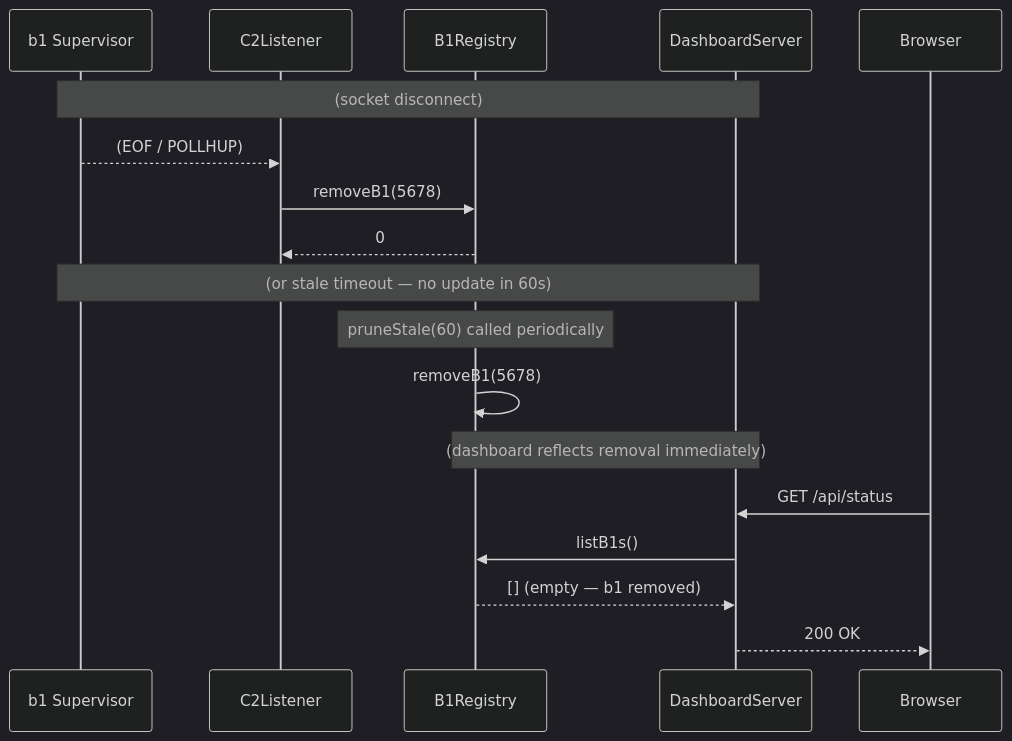
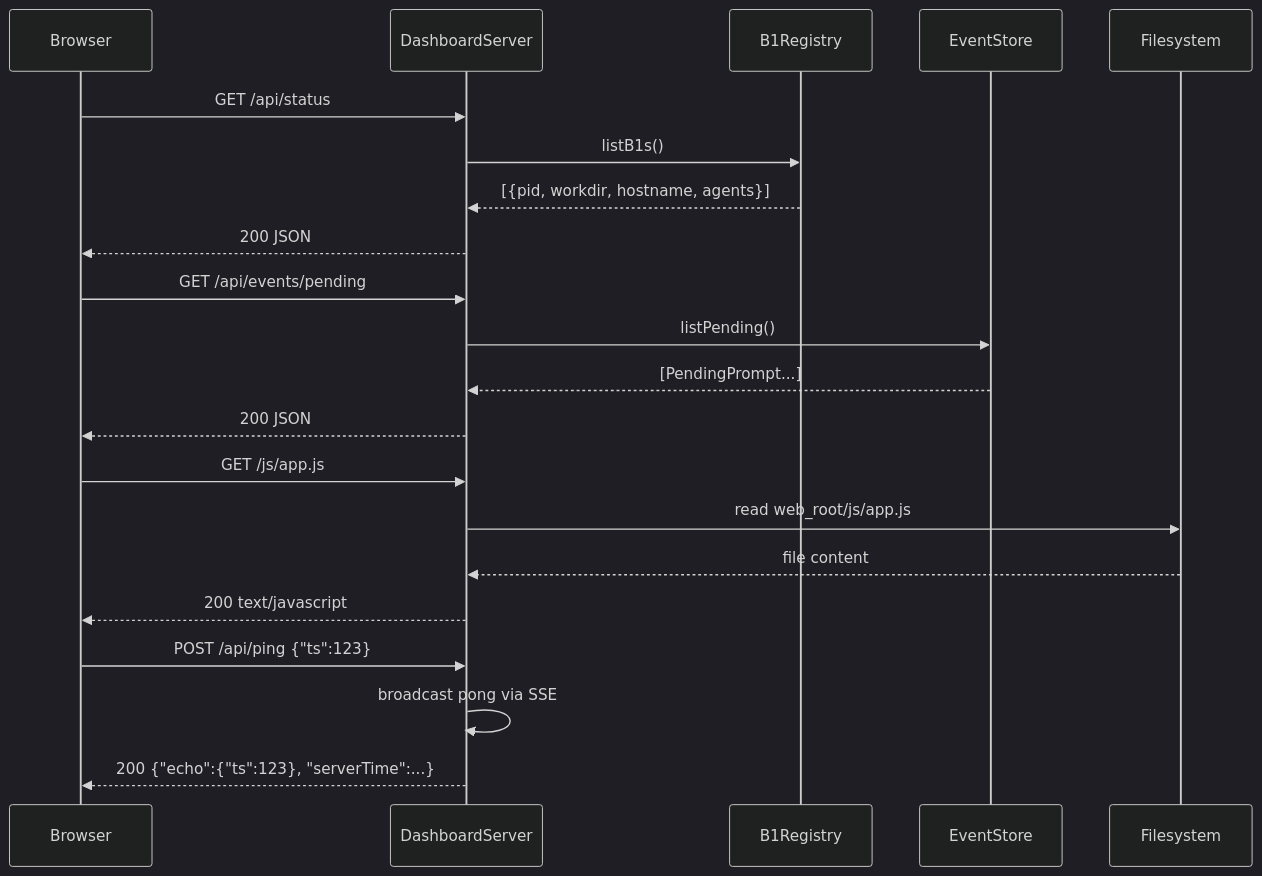
One commit to opensassi/a0 changed the fifth of 5 diagrams in src/c2/technical-specification.md. Above: the diagram before and after it, drawn with Mermaid (dark theme). The commit also changed other lines of this file and 71 other files, not shown here.

Commit message:
2026-05-30-c2-web-ui-sse-187c814dbffe7QiQREe2OBfkpi

````diff
--- a/src/c2/technical-specification.md
+++ b/src/c2/technical-specification.md
@@ -314,23 +426,27 @@
 ```mermaid
 sequenceDiagram
-    participant B1 as b1 Supervisor
-    participant Listener as C2Listener
-    participant Reg as B1Registry
-    participant Dash as DashboardServer
+    participant Browser
+    participant D as DashboardServer
+    participant REG as B1Registry
+    participant EV as EventStore
+    participant FS as Filesystem
 
-    Note over B1,Dash: (socket disconnect)
-    B1-->>Listener: (EOF / POLLHUP)
+    Browser->>D: GET /api/status
+    D->>REG: listB1s()
+    REG-->>D: [{pid, workdir, hostname, agents}]
+    D-->>Browser: 200 JSON
 
-    Listener->>Reg: removeB1(5678)
-    Reg-->>Listener: 0
+    Browser->>D: GET /api/events/pending
+    D->>EV: listPending()
+    EV-->>D: [PendingPrompt...]
+    D-->>Browser: 200 JSON
 
-    Note over B1,Dash: (or stale timeout — no update in 60s)
-    Note over Reg: pruneStale(60) called periodically
-    Reg->>Reg: removeB1(5678)
+    Browser->>D: GET /js/app.js
+    D->>FS: read web_root/js/app.js
+    FS-->>D: file content
+    D-->>Browser: 200 text/javascript
 
-    Note over Reg,Dash: (dashboard reflects removal immediately)
-    Browser->>Dash: GET /api/status
-    Dash->>Reg: listB1s()
-    Reg-->>Dash: [] (empty — b1 removed)
-    Dash-->>Browser: 200 OK
+    Browser->>D: POST /api/ping {"ts":123}
+    D->>D: broadcast pong via SSE
+    D-->>Browser: 200 {"echo":{"ts":123}, "serverTime":...}
 ```
````
